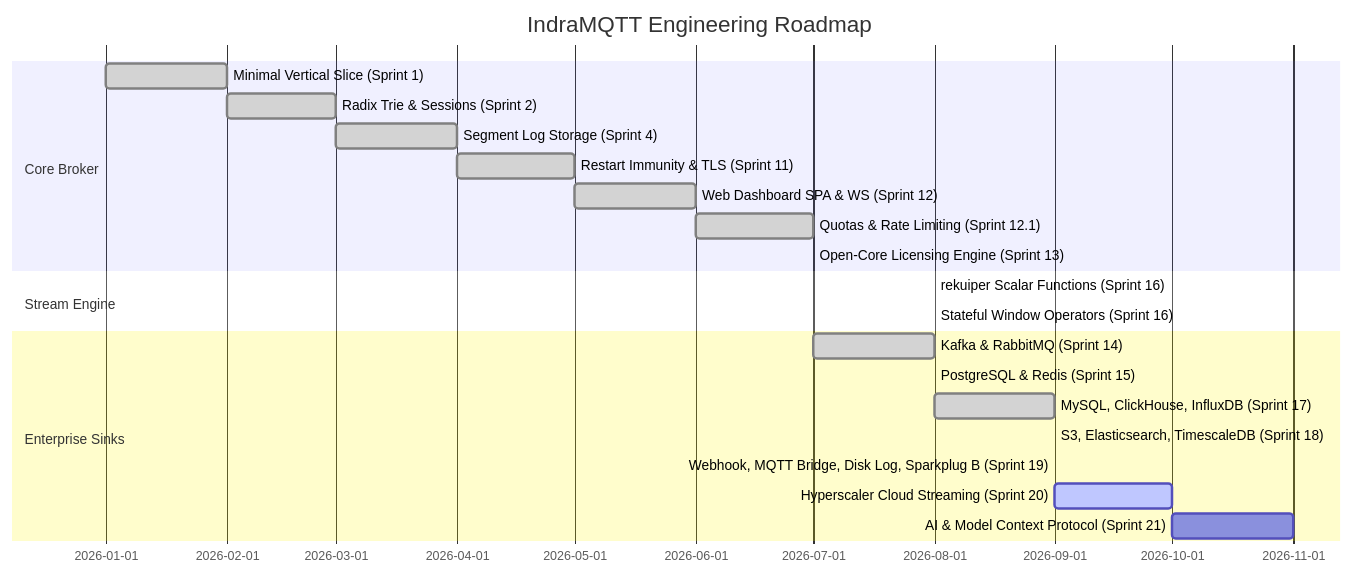
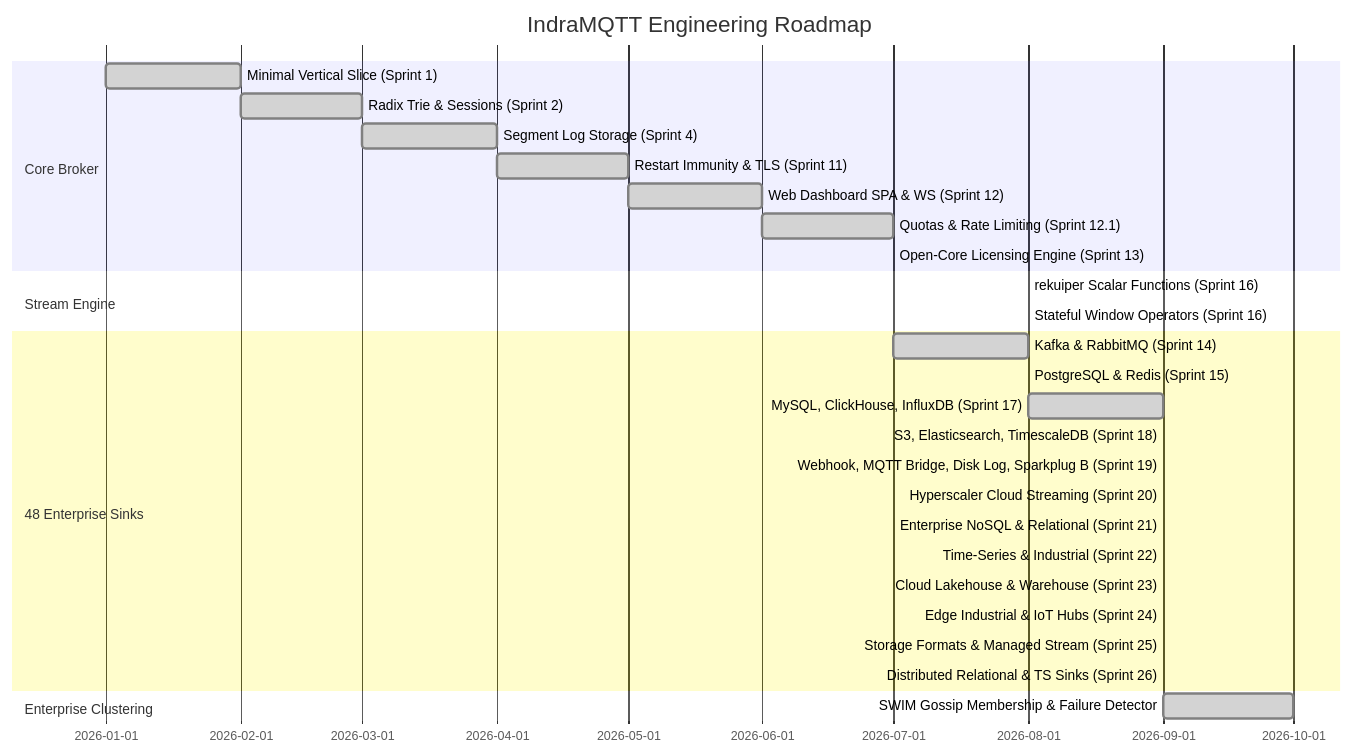
Before and after one commit to ankur-paan/indramqtt: the diagram in ROADMAP.md, drawn with Mermaid. The commit also changed other lines of this file and 5 other files, not shown here.

Commit message:
feat(cluster): implement decentralized SWIM gossip membership & failure detector

````diff
--- a/ROADMAP.md
+++ b/ROADMAP.md
@@ -11,24 +11,31 @@
 ```mermaid
 gantt
     title IndraMQTT Engineering Roadmap
     dateFormat  YYYY-MM
     section Core Broker
     Minimal Vertical Slice (Sprint 1)        :done, 2026-01, 2026-02
     Radix Trie & Sessions (Sprint 2)         :done, 2026-02, 2026-03
     Segment Log Storage (Sprint 4)           :done, 2026-03, 2026-04
     Restart Immunity & TLS (Sprint 11)       :done, 2026-04, 2026-05
     Web Dashboard SPA & WS (Sprint 12)       :done, 2026-05, 2026-06
     Quotas & Rate Limiting (Sprint 12.1)     :done, 2026-06, 2026-07
     Open-Core Licensing Engine (Sprint 13)   :done, 2026-07, 2026-07
     section Stream Engine
     rekuiper Scalar Functions (Sprint 16)    :done, 2026-08, 2026-08
     Stateful Window Operators (Sprint 16)    :done, 2026-08, 2026-08
-    section Enterprise Sinks
+    section 48 Enterprise Sinks
     Kafka & RabbitMQ (Sprint 14)             :done, 2026-07, 2026-08
     PostgreSQL & Redis (Sprint 15)           :done, 2026-08, 2026-08
     MySQL, ClickHouse, InfluxDB (Sprint 17)  :done, 2026-08, 2026-09
     S3, Elasticsearch, TimescaleDB (Sprint 18):done, 2026-09, 2026-09
     Webhook, MQTT Bridge, Disk Log, Sparkplug B (Sprint 19):done, 2026-09, 2026-09
-    Hyperscaler Cloud Streaming (Sprint 20)  :active, 2026-09, 2026-10
-    AI & Model Context Protocol (Sprint 21)  : 2026-10, 2026-11
+    Hyperscaler Cloud Streaming (Sprint 20)  :done, 2026-09, 2026-09
+    Enterprise NoSQL & Relational (Sprint 21):done, 2026-09, 2026-09
+    Time-Series & Industrial (Sprint 22)     :done, 2026-09, 2026-09
+    Cloud Lakehouse & Warehouse (Sprint 23)  :done, 2026-09, 2026-09
+    Edge Industrial & IoT Hubs (Sprint 24)   :done, 2026-09, 2026-09
+    Storage Formats & Managed Stream (Sprint 25):done, 2026-09, 2026-09
+    Distributed Relational & TS Sinks (Sprint 26):done, 2026-09, 2026-09
+    section Enterprise Clustering
+    SWIM Gossip Membership & Failure Detector:done, 2026-09, 2026-10
 ```
````
